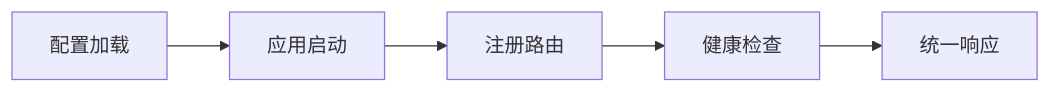
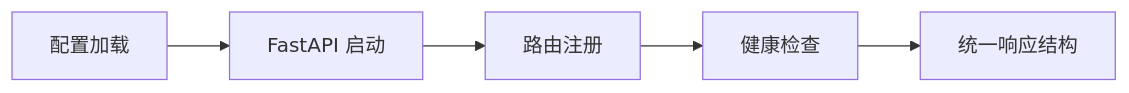
Before and after one commit to juemimgcd/sentiFlow: the third of 18 diagrams in steps/day1-day15-summary.md, drawn with Mermaid. The commit also changed other lines of this file and 2 other files, not shown here.

````diff
--- a/steps/day1-day15-summary.md
+++ b/steps/day1-day15-summary.md
@@ -93,7 +119,7 @@
 ```mermaid
 flowchart LR
-    A[配置加载] --> B[应用启动]
-    B --> C[注册路由]
+    A[配置加载] --> B[FastAPI 启动]
+    B --> C[路由注册]
     C --> D[健康检查]
-    D --> E[统一响应]
+    D --> E[统一响应结构]
 ```
````
